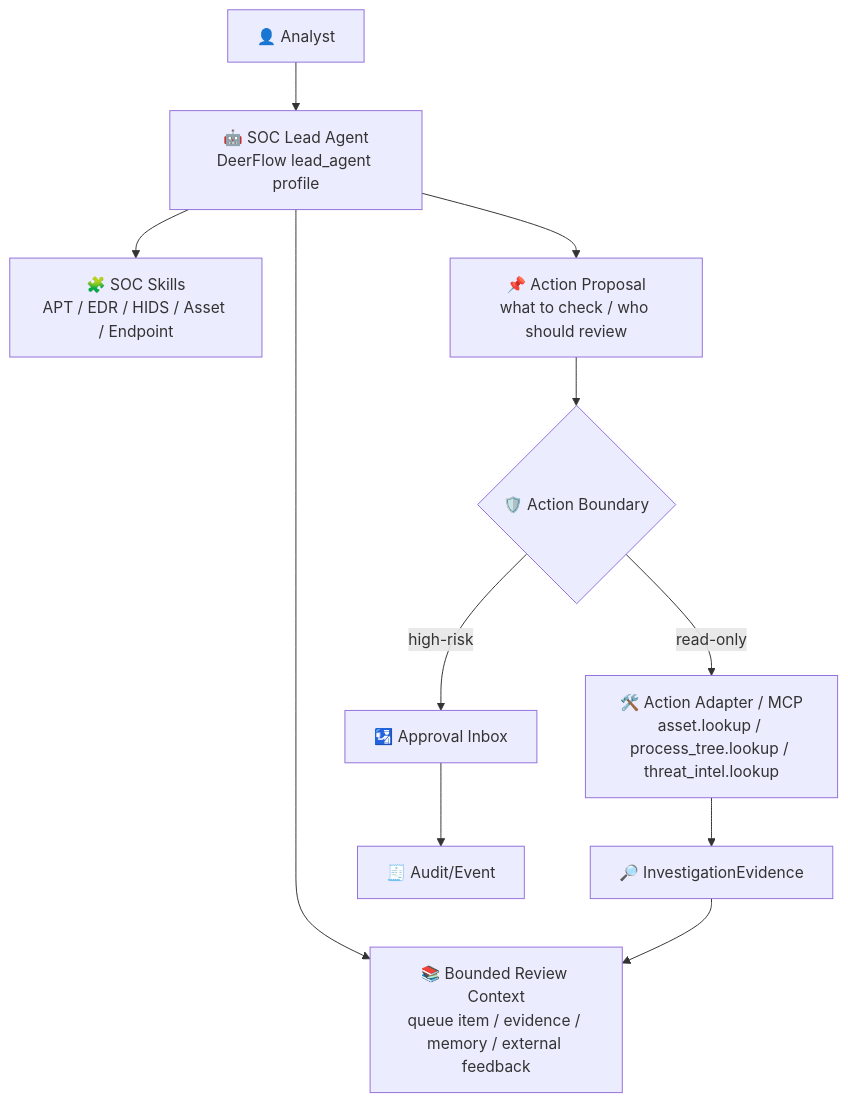
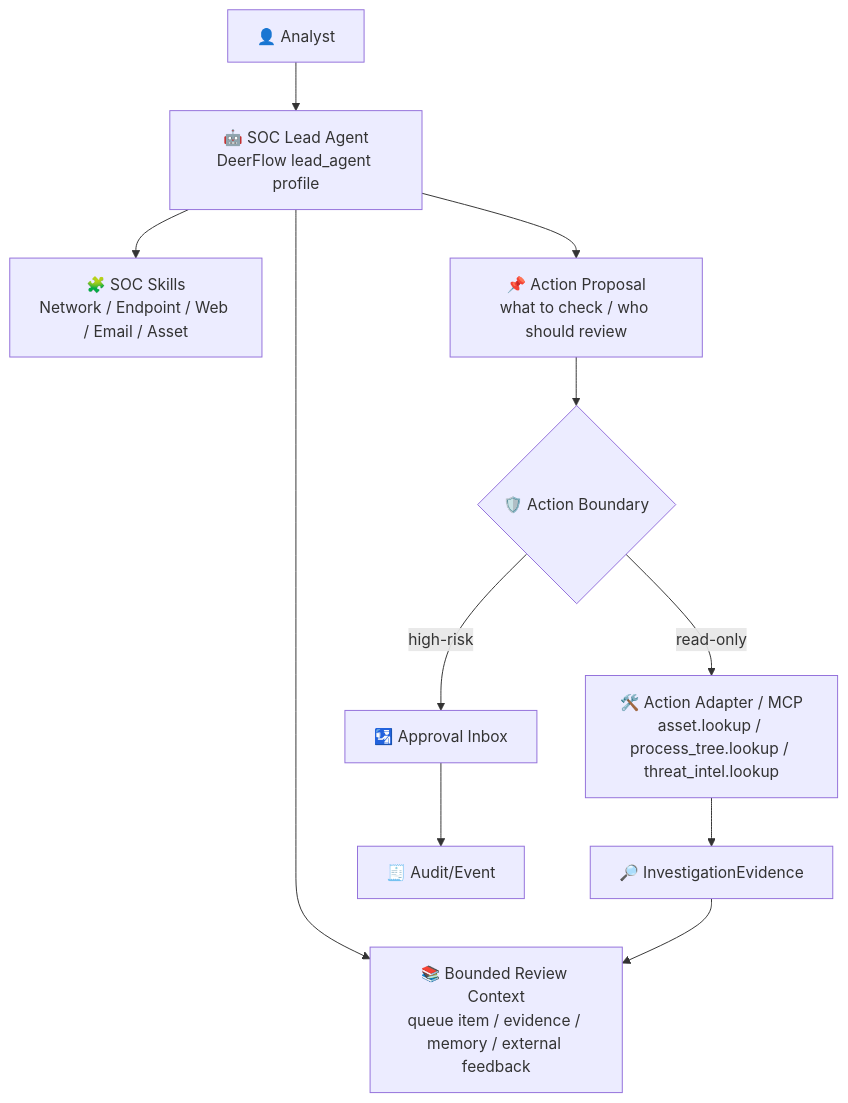
The eighth of 15 diagrams in .notes/ai_soc/soc-agent-solution.md (yydspanda/deer-flow), drawn with Mermaid before and after one commit. The commit also changed other lines of this file and 68 other files, not shown here.

````diff
--- a/.notes/ai_soc/soc-agent-solution.md
+++ b/.notes/ai_soc/soc-agent-solution.md
@@ -736,13 +805,13 @@
 ```mermaid
 flowchart TD
     Analyst["👤 Analyst"] --> Lead["🤖 SOC Lead Agent<br/>DeerFlow lead_agent profile"]
     Lead --> Context["📚 Bounded Review Context<br/>queue item / evidence / memory / external feedback"]
-    Lead --> Skill["🧩 SOC Skills<br/>APT / EDR / HIDS / Asset / Endpoint"]
+    Lead --> Skill["🧩 SOC Skills<br/>Network / Endpoint / Web / Email / Asset"]
     Lead --> Proposal["📌 Action Proposal<br/>what to check / who should review"]
     Proposal --> Router{"🛡️ Action Boundary"}
     Router -->|"read-only"| Adapter["🛠️ Action Adapter / MCP<br/>asset.lookup / process_tree.lookup / threat_intel.lookup"]
     Router -->|"high-risk"| Approval["🛂 Approval Inbox"]
     Adapter --> Evidence["🔎 InvestigationEvidence"]
     Evidence --> Context
     Approval --> Audit["🧾 Audit/Event"]
 ```
````
